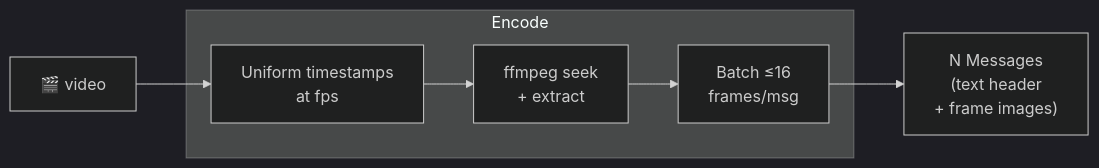
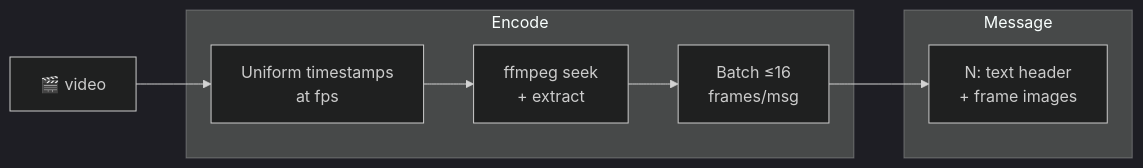
The fourth of 17 diagrams in docs/ENCODERS.md (vlm-run/mm), drawn with Mermaid (dark theme) before and after one commit. The commit also changed other lines of this file and 1 other file, not shown here.

Commit message:
use a message block with subgroups

````diff
--- a/docs/ENCODERS.md
+++ b/docs/ENCODERS.md
@@ -99,14 +105,16 @@
 ```mermaid
 graph LR
   video["🎬 video"]
 
   subgraph encode ["Encode"]
     ts["Uniform timestamps\nat fps"]
     ffmpeg["ffmpeg seek\n+ extract"]
     batch["Batch ≤16\nframes/msg"]
   end
 
-  msgs["N Messages\n(text header\n+ frame images)"]
+  subgraph message ["Message"]
+    msgs["N: text header\n+ frame images"]
+  end
 
   video --> ts --> ffmpeg --> batch --> msgs
 ```
````
